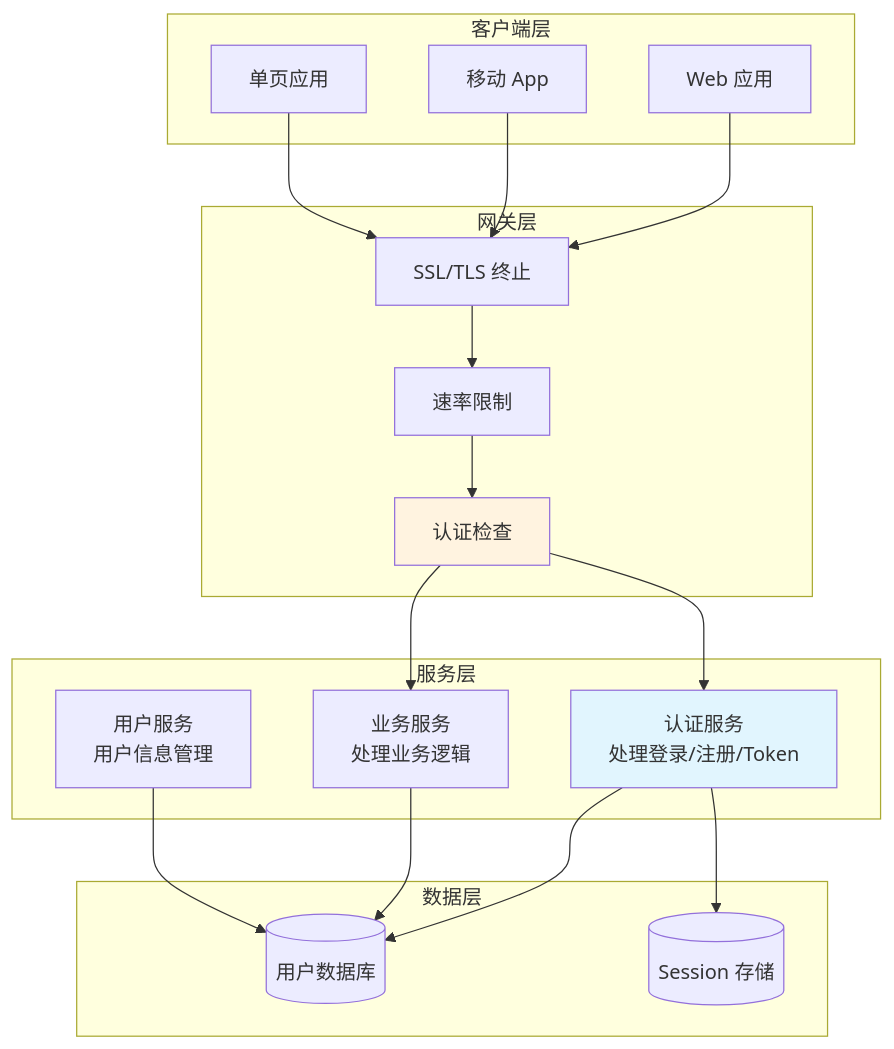
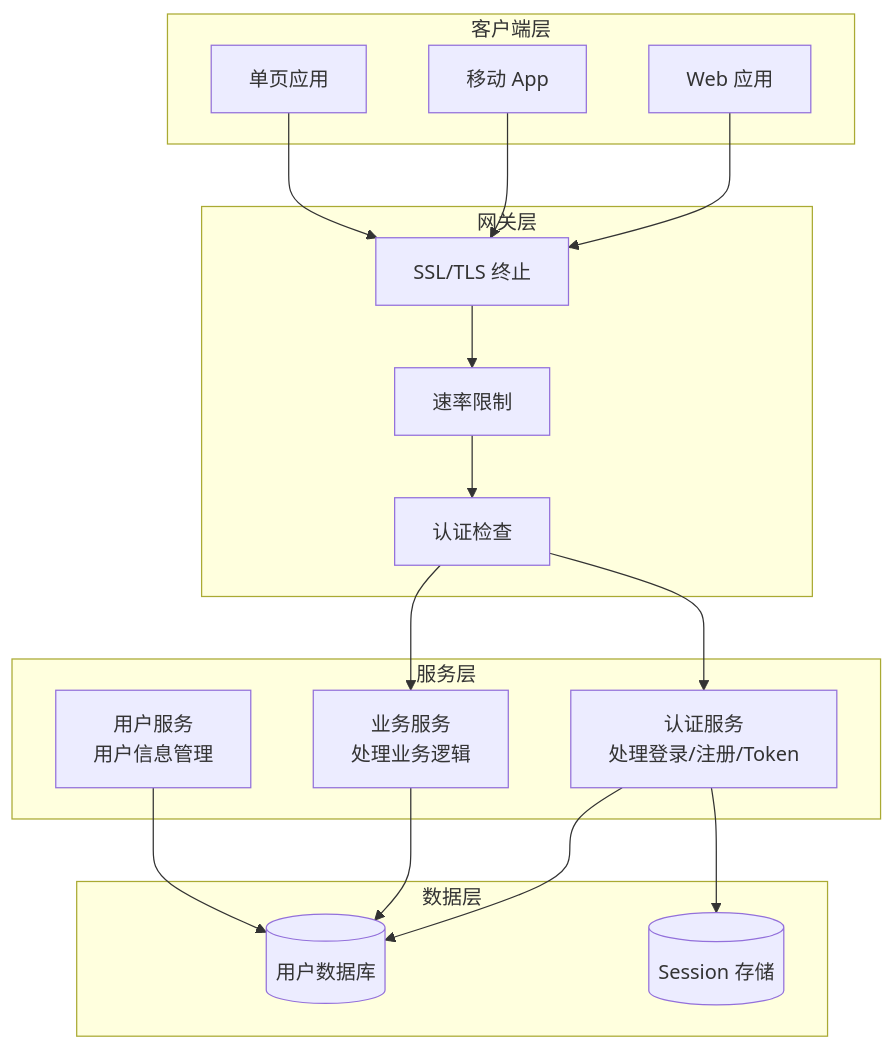
The sixth of 6 diagrams in docs/auth-vs-authz.md (luohuidong/auth-tutorial), drawn with Mermaid before and after one commit. The commit also changed other lines of this file and 8 other files, not shown here.

First line of the commit message:
docs: 移除 mermaid 图表硬编码颜色以兼容 light/dark theme

````diff
--- a/docs/auth-vs-authz.md
+++ b/docs/auth-vs-authz.md
@@ -478,40 +474,38 @@
 ```mermaid
 flowchart TB
     subgraph Client["客户端层"]
         Web[Web 应用]
         Mobile[移动 App]
         SPA[单页应用]
     end
 
     subgraph Gateway["网关层"]
         SSL[SSL/TLS 终止]
         RateLimit[速率限制]
         AuthCheck[认证检查]
     end
 
     subgraph Service["服务层"]
         AuthService[认证服务<br/>处理登录/注册/Token]
         UserService[用户服务<br/>用户信息管理]
         BizService[业务服务<br/>处理业务逻辑]
     end
 
     subgraph Data["数据层"]
         UserDB[(用户数据库)]
         SessionStore[(Session 存储)]
     end
 
     Web --> SSL
     Mobile --> SSL
     SPA --> SSL
     SSL --> RateLimit
     RateLimit --> AuthCheck
     AuthCheck --> AuthService
     AuthCheck --> BizService
     AuthService --> UserDB
     AuthService --> SessionStore
     BizService --> UserDB
     UserService --> UserDB
 
-    style AuthService fill:#e1f5fe
-    style AuthCheck fill:#fff3e0
 ```
````
